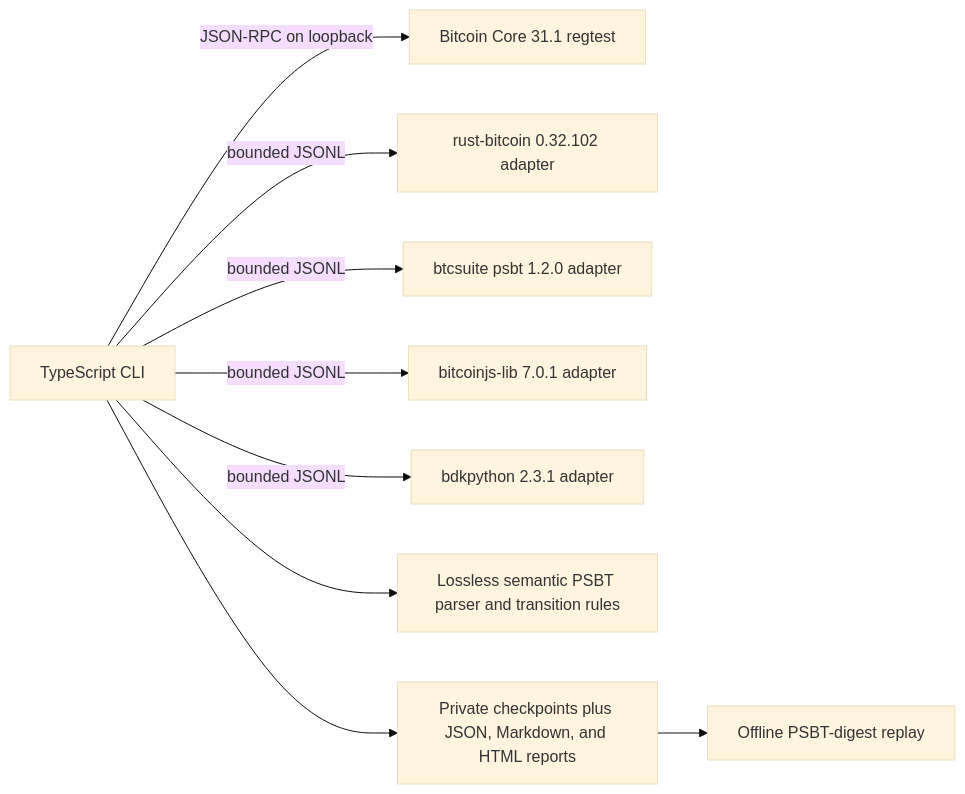
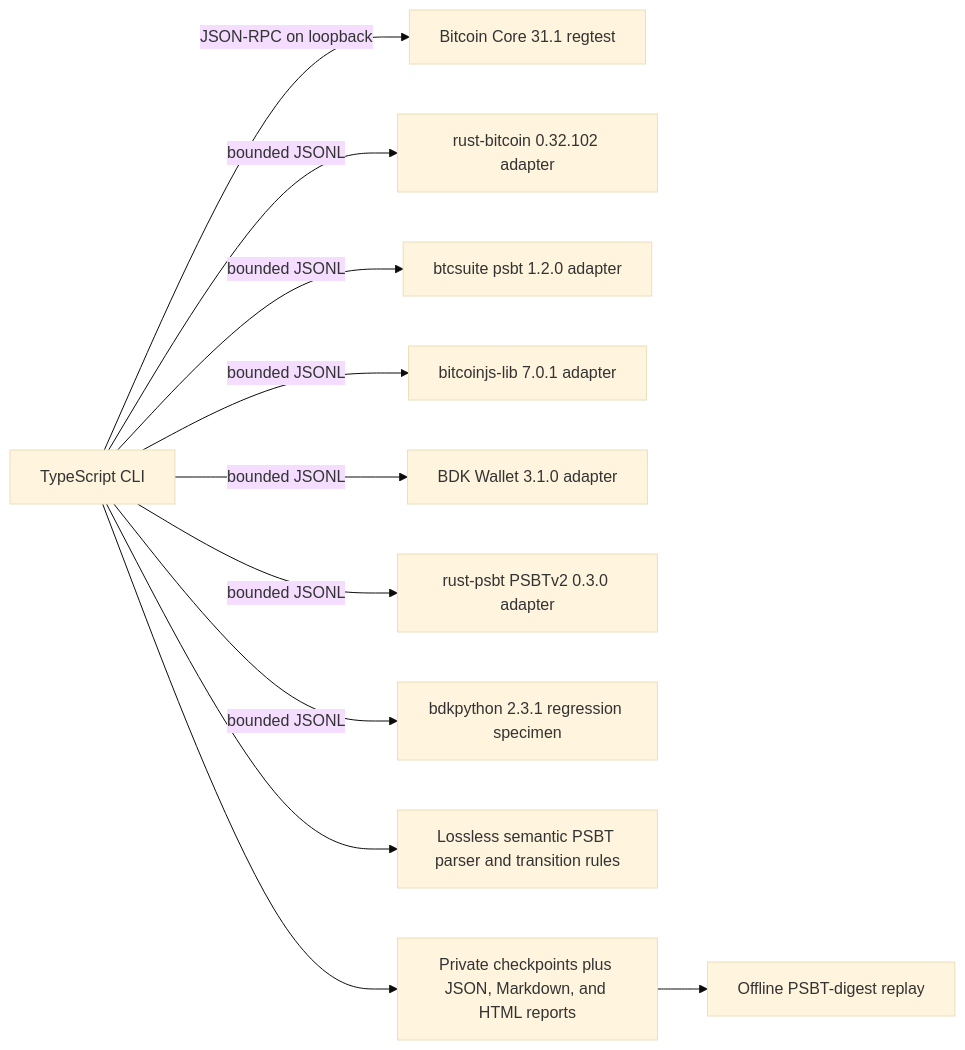
Before and after one commit to GautamBytes/psbt-interop-lab: the diagram in docs/architecture.md, drawn with Mermaid (base theme). The commit also changed other lines of this file and 33 other files, not shown here.

````diff
--- a/docs/architecture.md
+++ b/docs/architecture.md
@@ -10,11 +10,13 @@
 ```mermaid
 flowchart LR
   CLI["TypeScript CLI"] -->|"JSON-RPC on loopback"| Core["Bitcoin Core 31.1 regtest"]
   CLI -->|"bounded JSONL"| Rust["rust-bitcoin 0.32.102 adapter"]
   CLI -->|"bounded JSONL"| Go["btcsuite psbt 1.2.0 adapter"]
   CLI -->|"bounded JSONL"| JS["bitcoinjs-lib 7.0.1 adapter"]
-  CLI -->|"bounded JSONL"| BDK["bdkpython 2.3.1 adapter"]
+  CLI -->|"bounded JSONL"| BDK["BDK Wallet 3.1.0 adapter"]
+  CLI -->|"bounded JSONL"| V2["rust-psbt PSBTv2 0.3.0 adapter"]
+  CLI -->|"bounded JSONL"| Frozen["bdkpython 2.3.1 regression specimen"]
   CLI --> Facts["Lossless semantic PSBT parser and transition rules"]
   CLI --> Artifacts["Private checkpoints plus JSON, Markdown, and HTML reports"]
   Artifacts --> Replay["Offline PSBT-digest replay"]
 ```
````
